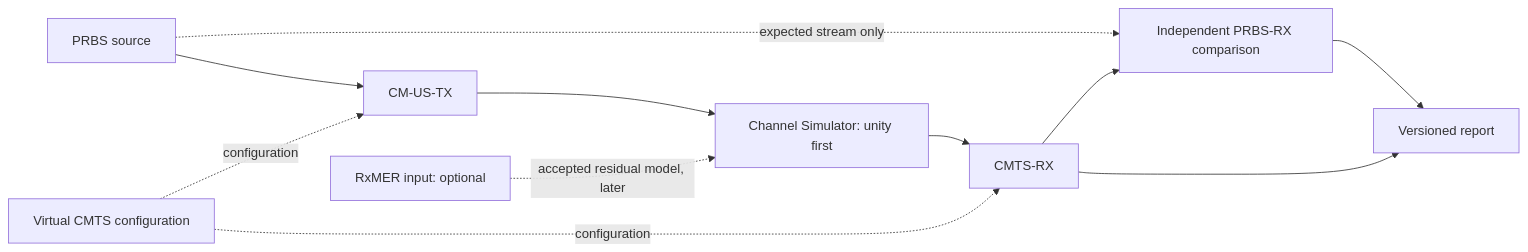
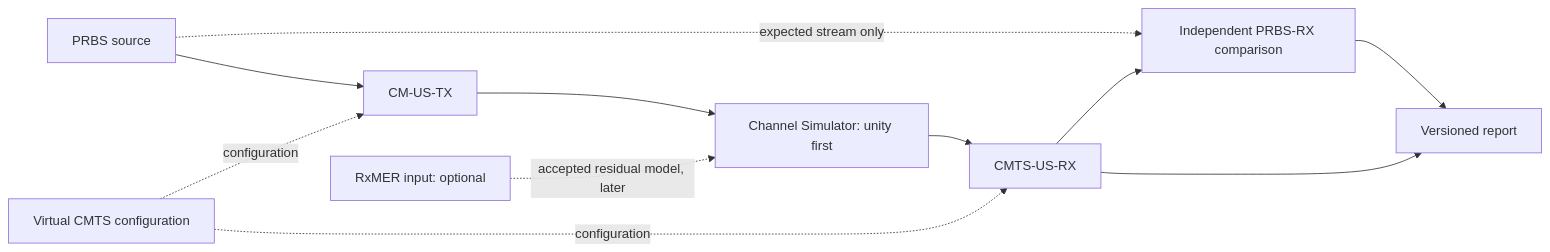
One commit to PyPNMApps/morgana changed the first of 13 diagrams in docs/architecture.md. Above: the diagram before and after it, drawn with Mermaid. The commit also changed other lines of this file and 5 other files, not shown here.

Commit message:
Documentation: Rename receiver to CMTS-US-RX - Update diagrams, headings and planning references - Tests: Validation gate and section links pass

````diff
--- a/docs/architecture.md
+++ b/docs/architecture.md
@@ -41,13 +41,13 @@
 ```mermaid
 flowchart LR
     PRBS[PRBS source] --> TX[CM-US-TX]
     TX --> CH[Channel Simulator: unity first]
     MER[RxMER input: optional] -. accepted residual model, later .-> CH
-    CH --> RX[CMTS-RX]
+    CH --> RX[CMTS-US-RX]
     CFG[Virtual CMTS configuration] -. configuration .-> TX
     CFG -. configuration .-> RX
     PRBS -. expected stream only .-> TRUTH[Independent PRBS-RX comparison]
     RX --> TRUTH
     TRUTH --> REPORT
     RX --> REPORT[Versioned report]
 ```
````
